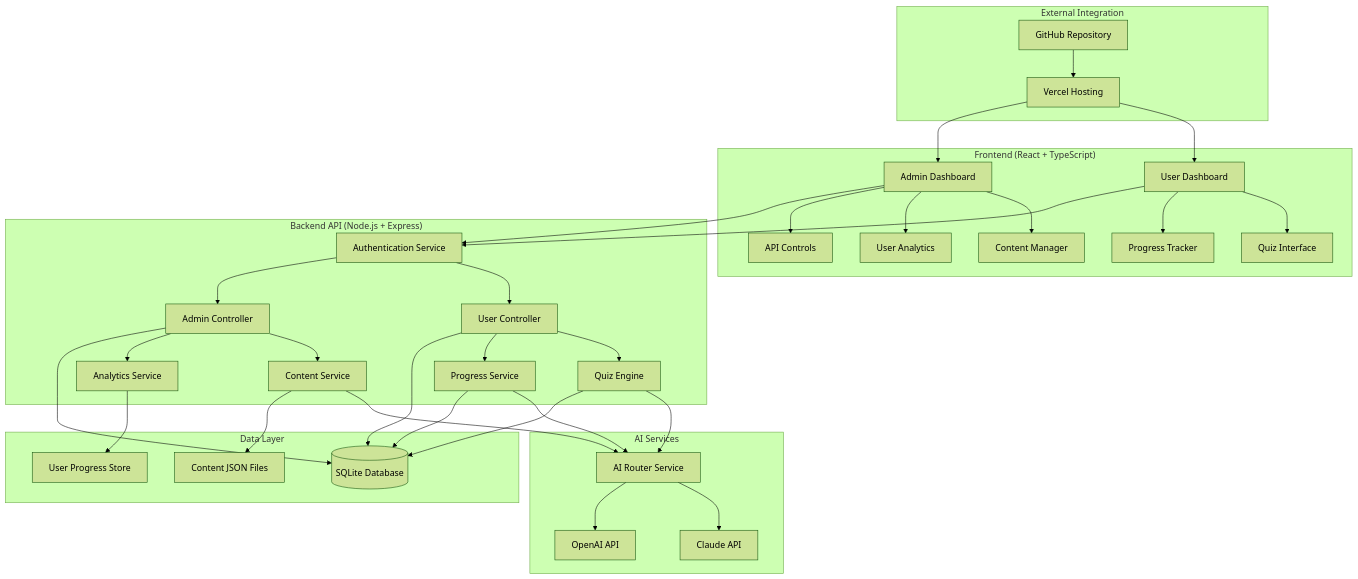
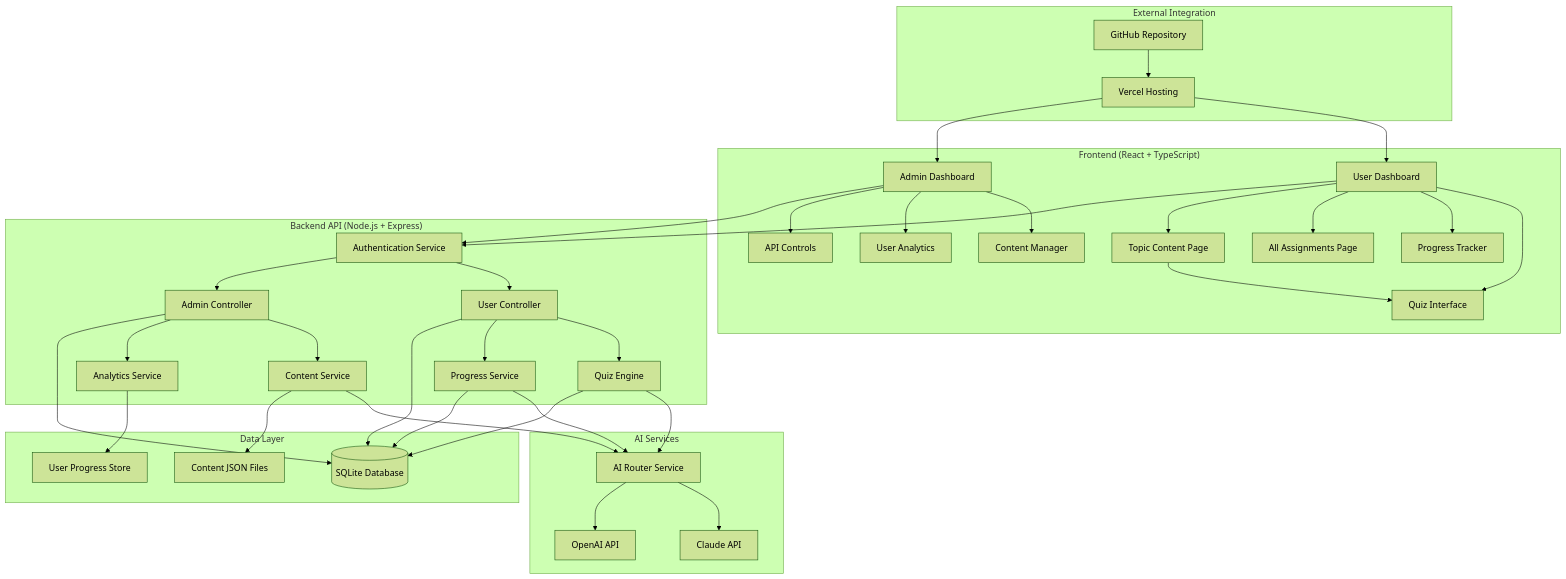
Before and after one commit to niklas-joh/french-learning-platform: the diagram in docs/development_docs/architecture_diagram.mermaid, drawn with Mermaid (forest theme). The commit also changed 34 other files, not shown here.

```diff
--- a/docs/development_docs/architecture_diagram.mermaid
+++ b/docs/development_docs/architecture_diagram.mermaid
@@ -1,52 +1,55 @@
 graph TB
     subgraph "Frontend (React + TypeScript)"
         A[User Dashboard] --> B[Quiz Interface]
         A --> C[Progress Tracker]
+        A --> AA[All Assignments Page]
+        A --> AB[Topic Content Page]
+        AB --> B
         D[Admin Dashboard] --> E[Content Manager]
         D --> F[User Analytics]
         D --> G[API Controls]
     end
 
     subgraph "Backend API (Node.js + Express)"
         H[Authentication Service] --> I[User Controller]
         H --> J[Admin Controller]
         I --> K[Quiz Engine]
         I --> L[Progress Service]
         J --> M[Content Service]
         J --> N[Analytics Service]
     end
 
     subgraph "AI Services"
         O[Claude API]
         P[OpenAI API]
         Q[AI Router Service]
     end
 
     subgraph "Data Layer"
         R[(SQLite Database)]
         S[Content JSON Files]
         T[User Progress Store]
     end
 
     subgraph "External Integration"
         U[GitHub Repository]
         V[Vercel Hosting]
     end
 
     A --> H
     D --> H
     K --> Q
     L --> Q
     M --> Q
     Q --> O
     Q --> P
     I --> R
     J --> R
     K --> R
     L --> R
     M --> S
     N --> T
     
     U --> V
     V --> A
     V --> D
```
